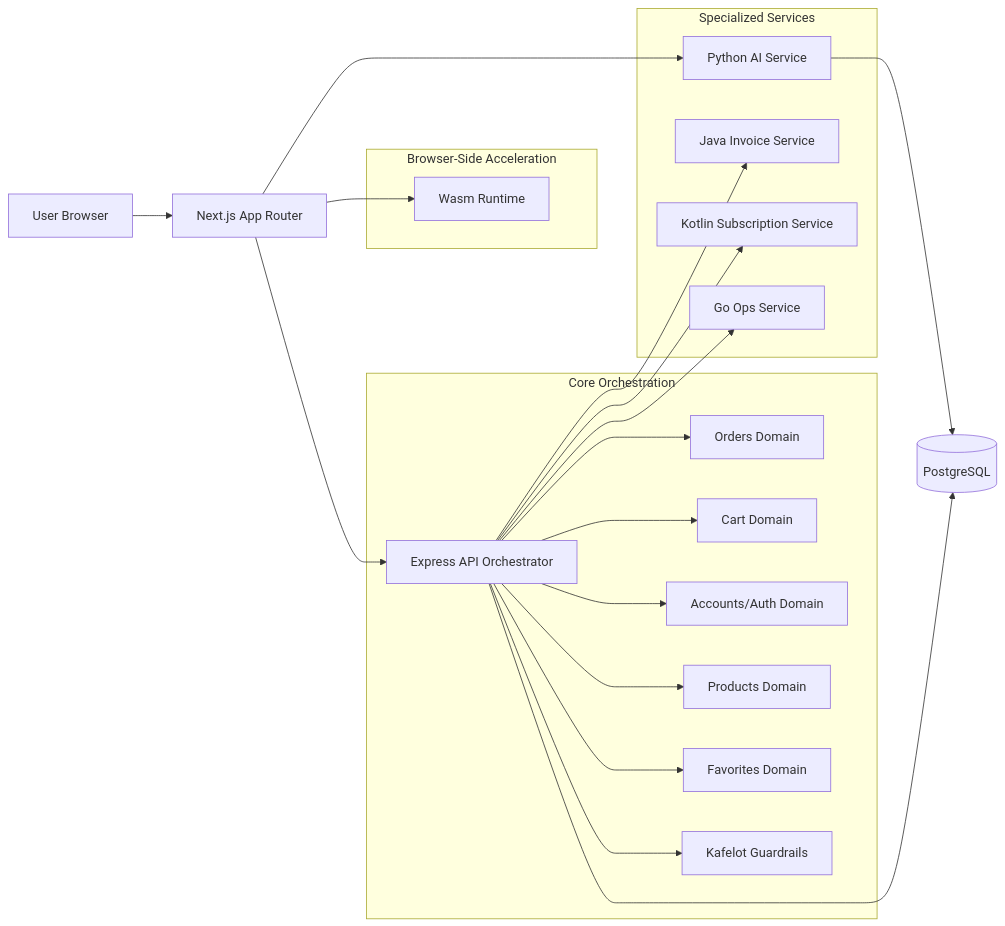
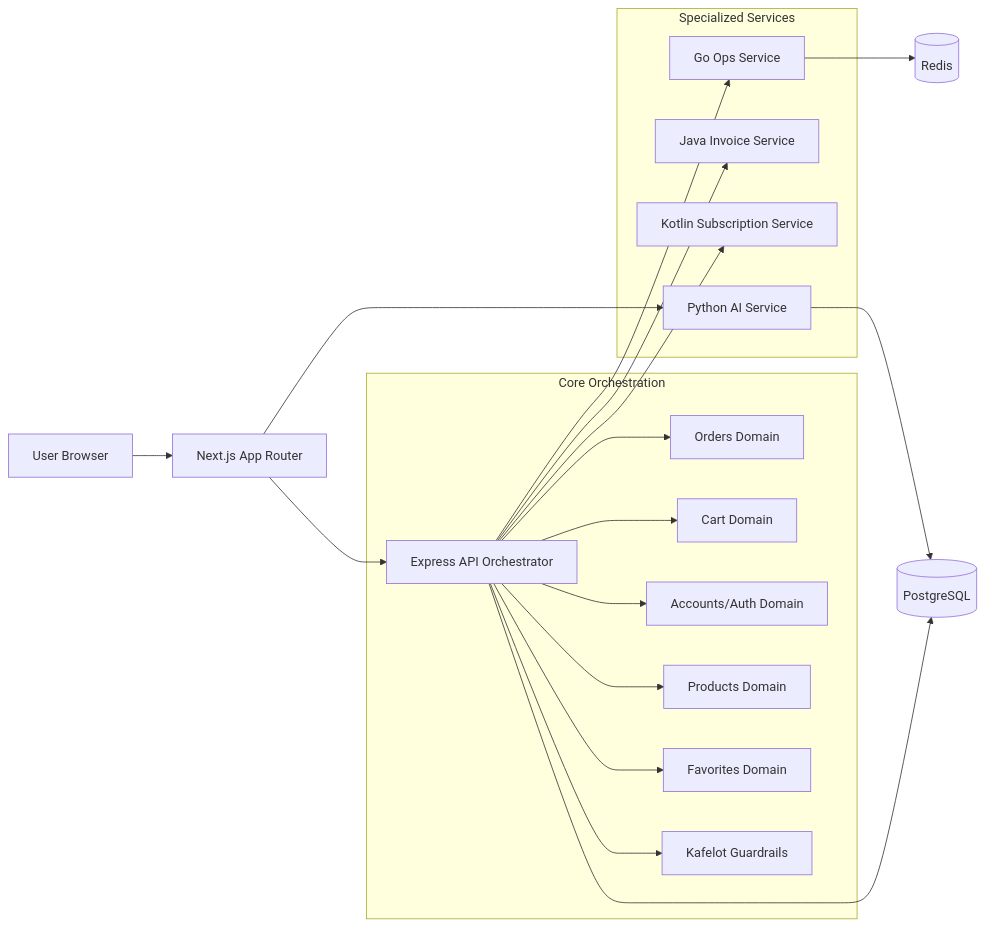
The diagram in docs/uml/full-app-component-diagram.mmd (DarkShadow1107/filspresso_next), drawn with Mermaid before and after one commit. The commit also changed 62 other files, not shown here.

```diff
--- a/docs/uml/full-app-component-diagram.mmd
+++ b/docs/uml/full-app-component-diagram.mmd
@@ -1,40 +1,36 @@
 flowchart LR
     U[User Browser] --> N[Next.js App Router]
     N --> E[Express API Orchestrator]
     N --> P[Python AI Service]
-    N --> W[Wasm Runtime]
 
     E --> O[Orders Domain]
     E --> C[Cart Domain]
     E --> A[Accounts/Auth Domain]
     E --> PR[Products Domain]
     E --> F[Favorites Domain]
     E --> KAF[Kafelot Guardrails]
 
     E --> J[Java Invoice Service]
     E --> K[Kotlin Subscription Service]
     E --> G[Go Ops Service]
+    G --> R[(Redis)]
 
     E --> DB[(PostgreSQL)]
     P --> DB
-
-    subgraph Browser-Side Acceleration
-        W
-    end
 
     subgraph Core Orchestration
         E
         O
         C
         A
         PR
         F
         KAF
     end
 
     subgraph Specialized Services
         J
         K
         G
         P
     end
```
